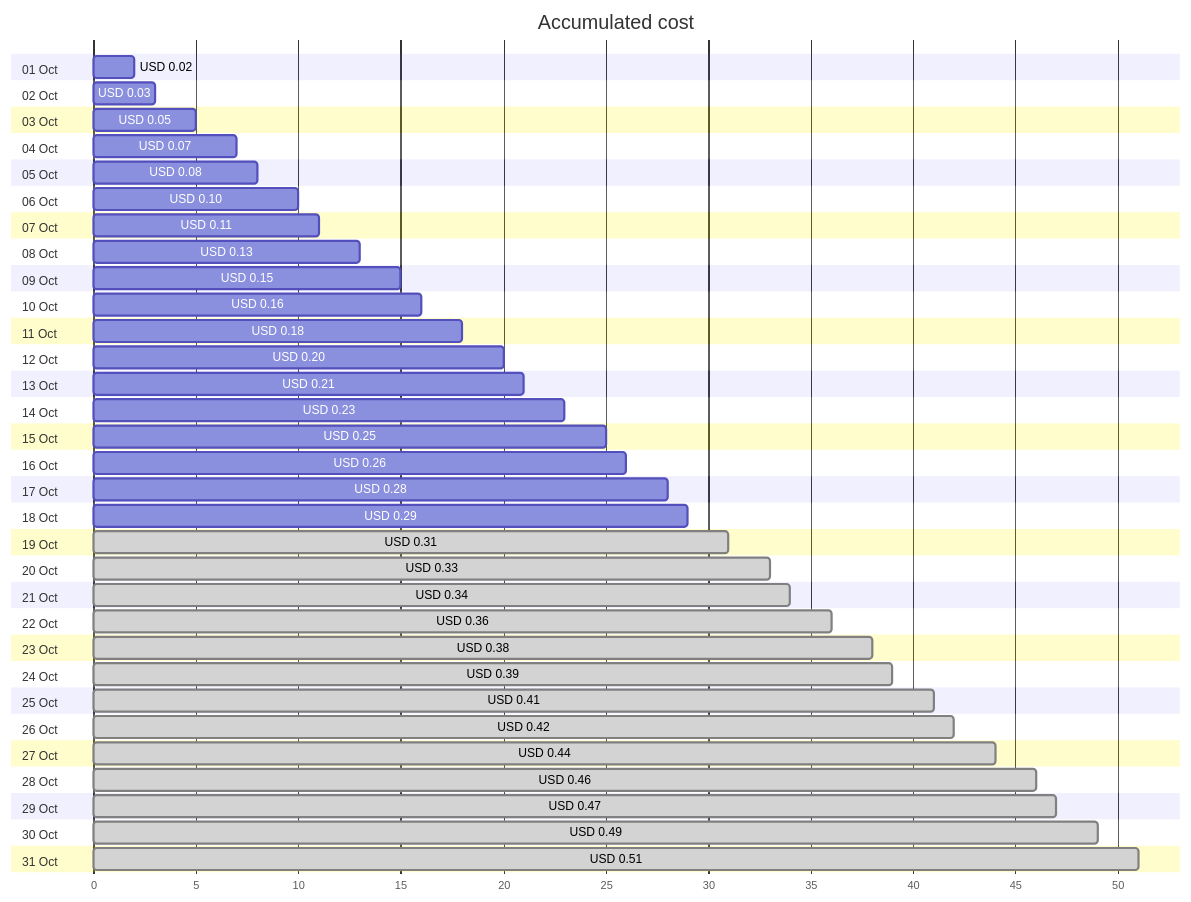
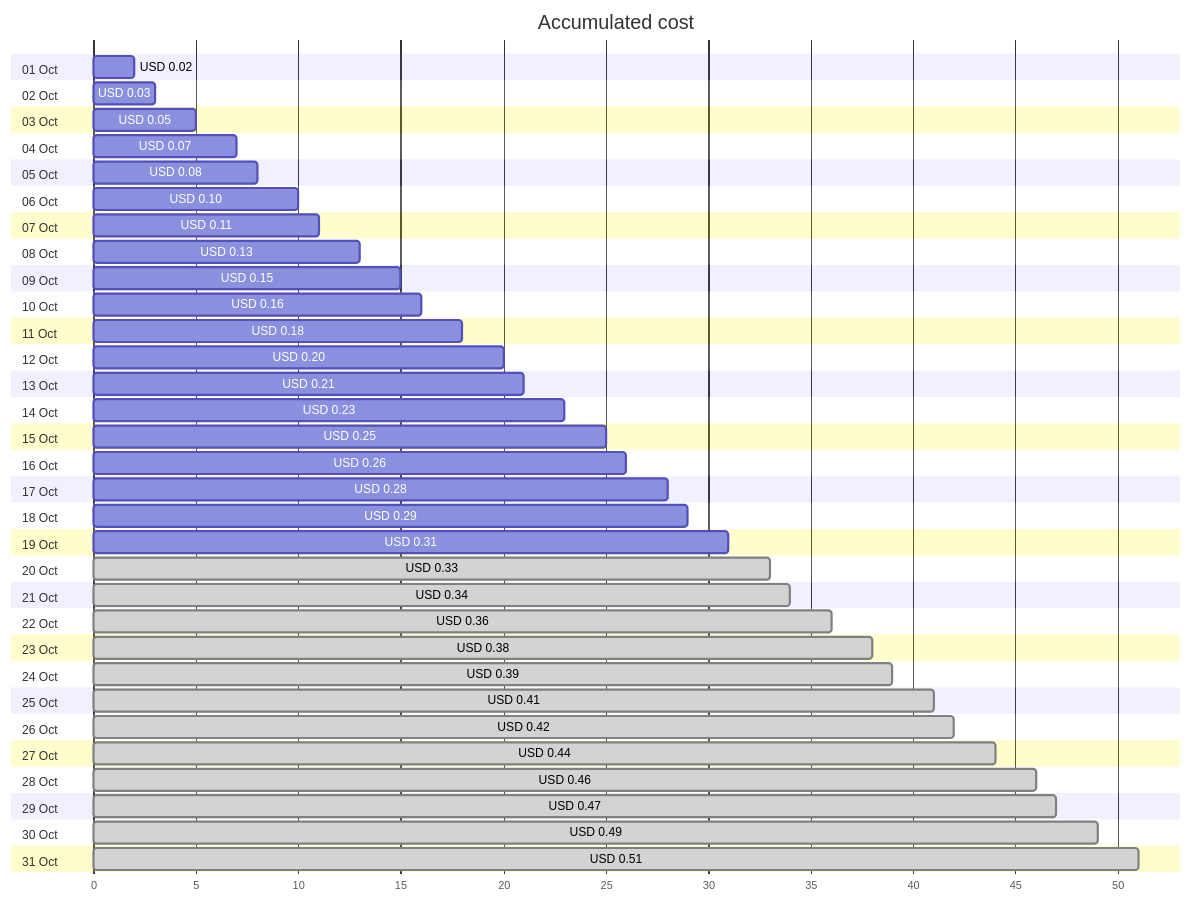
The first of 4 diagrams in cost-reports/personal-dns/jpatrickfulton.dev.md (jpfulton/azure-personal-reports), drawn with Mermaid before and after one commit. The commit also changed other lines of this file and 2 other files, not shown here.

````diff
--- a/cost-reports/personal-dns/jpatrickfulton.dev.md
+++ b/cost-reports/personal-dns/jpatrickfulton.dev.md
@@ -20,68 +20,68 @@
 ```mermaid
 gantt
    title Accumulated cost
    dateFormat  X
    axisFormat %s
    section 01 Oct
    USD 0.02 :0, 2
    section 02 Oct
    USD 0.03 :0, 3
    section 03 Oct
    USD 0.05 :0, 5
    section 04 Oct
    USD 0.07 :0, 7
    section 05 Oct
    USD 0.08 :0, 8
    section 06 Oct
    USD 0.10 :0, 10
    section 07 Oct
    USD 0.11 :0, 11
    section 08 Oct
    USD 0.13 :0, 13
    section 09 Oct
    USD 0.15 :0, 15
    section 10 Oct
    USD 0.16 :0, 16
    section 11 Oct
    USD 0.18 :0, 18
    section 12 Oct
    USD 0.20 :0, 20
    section 13 Oct
    USD 0.21 :0, 21
    section 14 Oct
    USD 0.23 :0, 23
    section 15 Oct
    USD 0.25 :0, 25
    section 16 Oct
    USD 0.26 :0, 26
    section 17 Oct
    USD 0.28 :0, 28
    section 18 Oct
    USD 0.29 :0, 29
    section 19 Oct
-   USD 0.31 : done, 0, 31
+   USD 0.31 :0, 31
    section 20 Oct
    USD 0.33 : done, 0, 33
    section 21 Oct
    USD 0.34 : done, 0, 34
    section 22 Oct
    USD 0.36 : done, 0, 36
    section 23 Oct
    USD 0.38 : done, 0, 38
    section 24 Oct
    USD 0.39 : done, 0, 39
    section 25 Oct
    USD 0.41 : done, 0, 41
    section 26 Oct
    USD 0.42 : done, 0, 42
    section 27 Oct
    USD 0.44 : done, 0, 44
    section 28 Oct
    USD 0.46 : done, 0, 46
    section 29 Oct
    USD 0.47 : done, 0, 47
    section 30 Oct
    USD 0.49 : done, 0, 49
    section 31 Oct
    USD 0.51 : done, 0, 51
 ```
````
